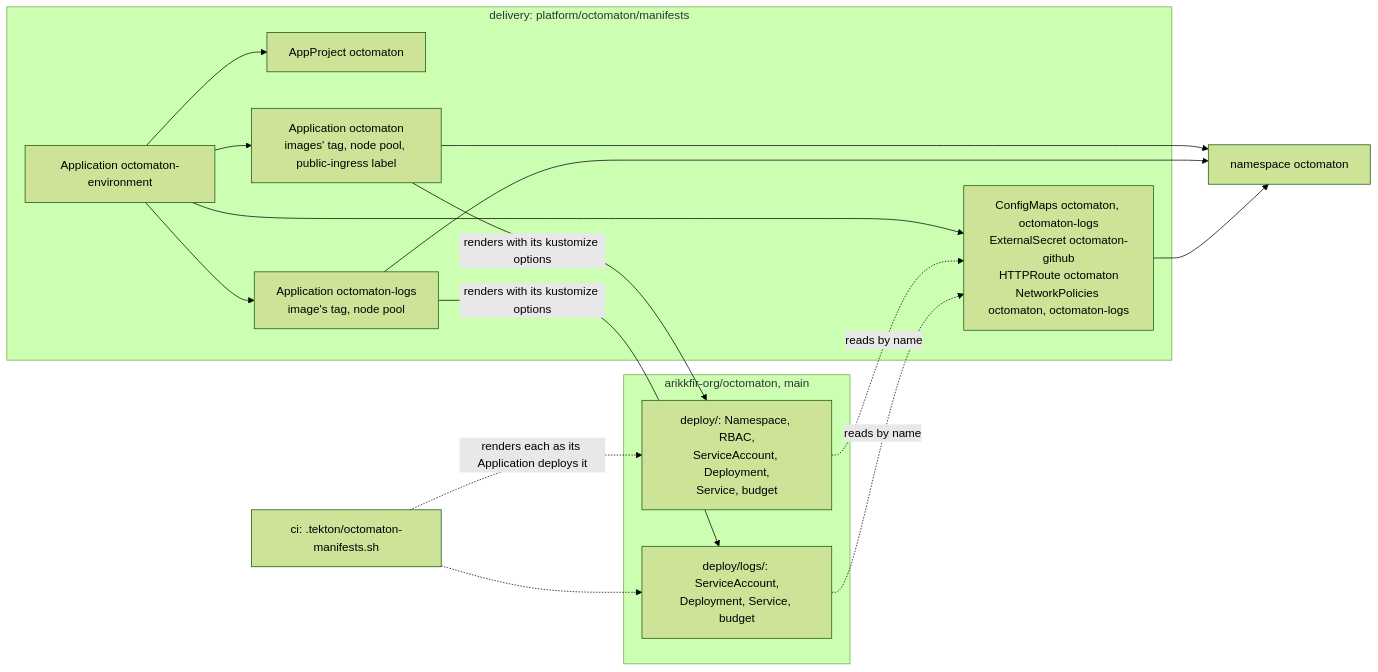
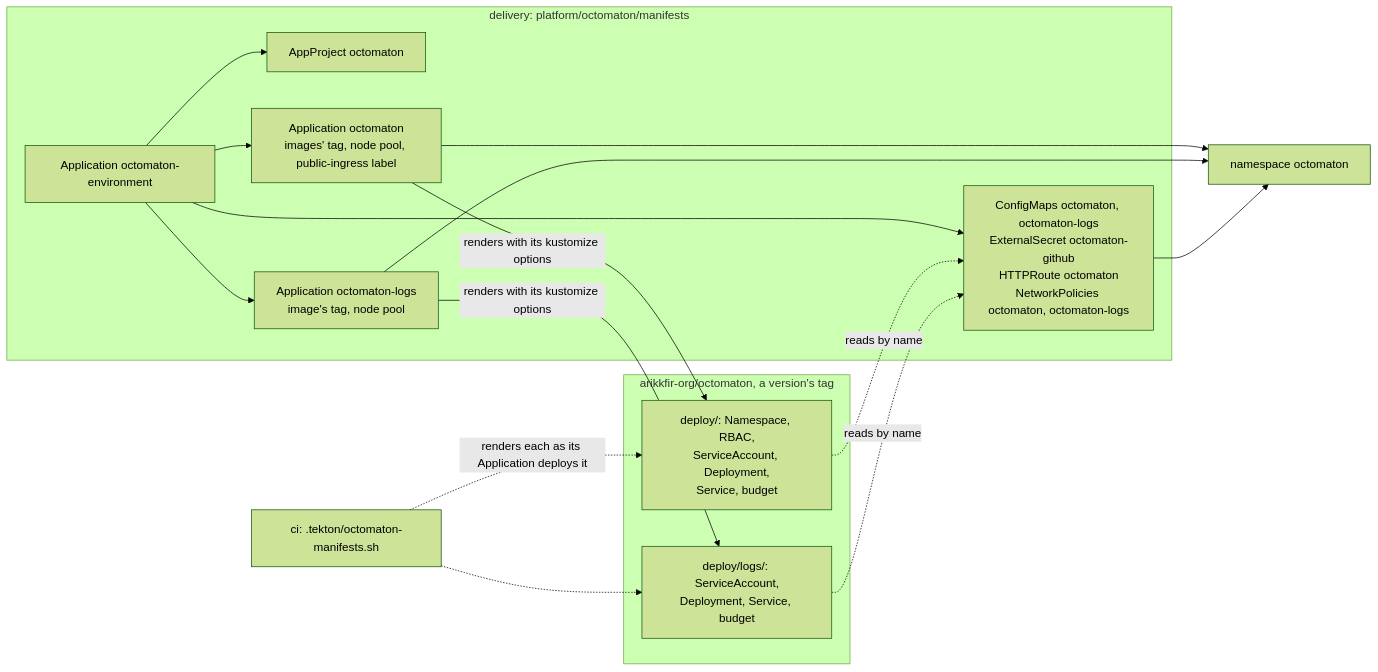
The diagram in docs/delivery/designs/octomaton.md (arikkfir-org/delivery), drawn with Mermaid (forest theme) before and after one commit. The commit also changed other lines of this file and 6 other files, not shown here.

````diff
--- a/docs/delivery/designs/octomaton.md
+++ b/docs/delivery/designs/octomaton.md
@@ -21,22 +21,22 @@
 ```mermaid
 flowchart LR
   subgraph delivery["delivery: platform/octomaton/manifests"]
     Env["Application octomaton-environment"] --> Project["AppProject octomaton"]
     Env --> App["Application octomaton<br/>images' tag, node pool, public-ingress label"]
     Env --> Logs["Application octomaton-logs<br/>image's tag, node pool"]
     Env --> Host["ConfigMaps octomaton, octomaton-logs<br/>ExternalSecret octomaton-github<br/>HTTPRoute octomaton<br/>NetworkPolicies octomaton, octomaton-logs"]
   end
-  subgraph octomaton["arikkfir-org/octomaton, main"]
+  subgraph octomaton["arikkfir-org/octomaton, a version's tag"]
     Deploy["deploy/: Namespace, RBAC,<br/>ServiceAccount, Deployment,<br/>Service, budget"]
     DeployLogs["deploy/logs/: ServiceAccount,<br/>Deployment, Service, budget"]
   end
   App -- "renders with its kustomize options" --> Deploy
   Logs -- "renders with its kustomize options" --> DeployLogs
   App --> NS["namespace octomaton"]
   Logs --> NS
   Host --> NS
   Deploy -. "reads by name" .-> Host
   DeployLogs -. "reads by name" .-> Host
   CI["ci: .tekton/octomaton-manifests.sh"] -. "renders each as its Application deploys it" .-> Deploy
   CI -.-> DeployLogs
 ```
````
